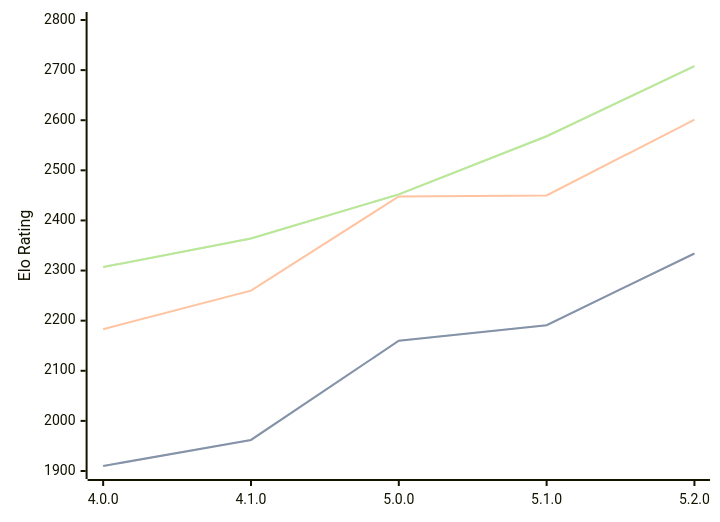
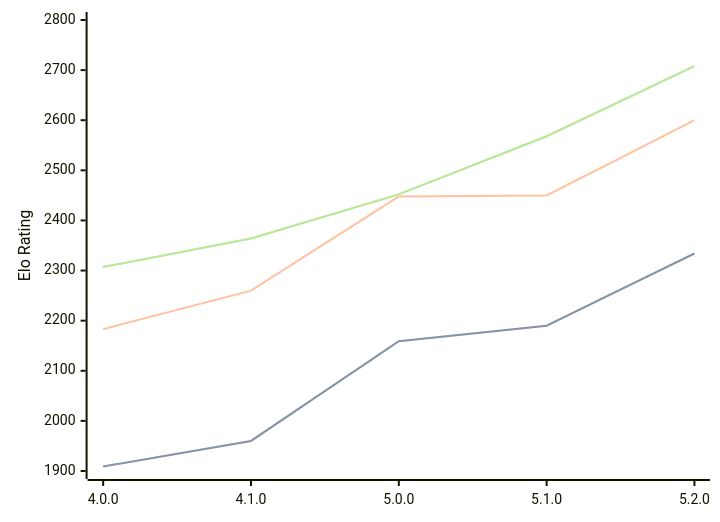
The diagram in engines/Aconcagua.md (computer-chess-index/cci), drawn with Mermaid before and after one commit. The commit also changed other lines of this file, not shown here.

````diff
--- a/engines/Aconcagua.md
+++ b/engines/Aconcagua.md
@@ -35,11 +35,11 @@
 ```mermaid
 %%{init: {"theme":"base","themeVariables":{"seriesColors:['#a3a3a3','#222221','#faa371']}}}%%
 xychart-beta
   x-axis ["4.0.0", "4.1.0", "5.0.0", "5.1.0", "5.2.0"]
   y-axis "Elo Rating" 1900 --> 2800
-  line "" [1910, 1962, 2160, 2191, 2334]
-  line "STC (8.0+0.08s)" [1910, 1962, 2160, 2191, 2334]
-  line "LTC (60.0+0.60s)" [2183, 2260, 2448, 2450, 2601]
+  line "" [1909, 1960, 2159, 2190, 2334]
+  line "STC (8.0+0.08s)" [1909, 1960, 2159, 2190, 2334]
+  line "LTC (60.0+0.60s)" [2183, 2260, 2448, 2450, 2600]
   line "" [2307, 2364, 2452, 2568, 2708]
   line "VLTC (2m24s+1.12s)" [2307, 2364, 2452, 2568, 2708]
 ```
````
